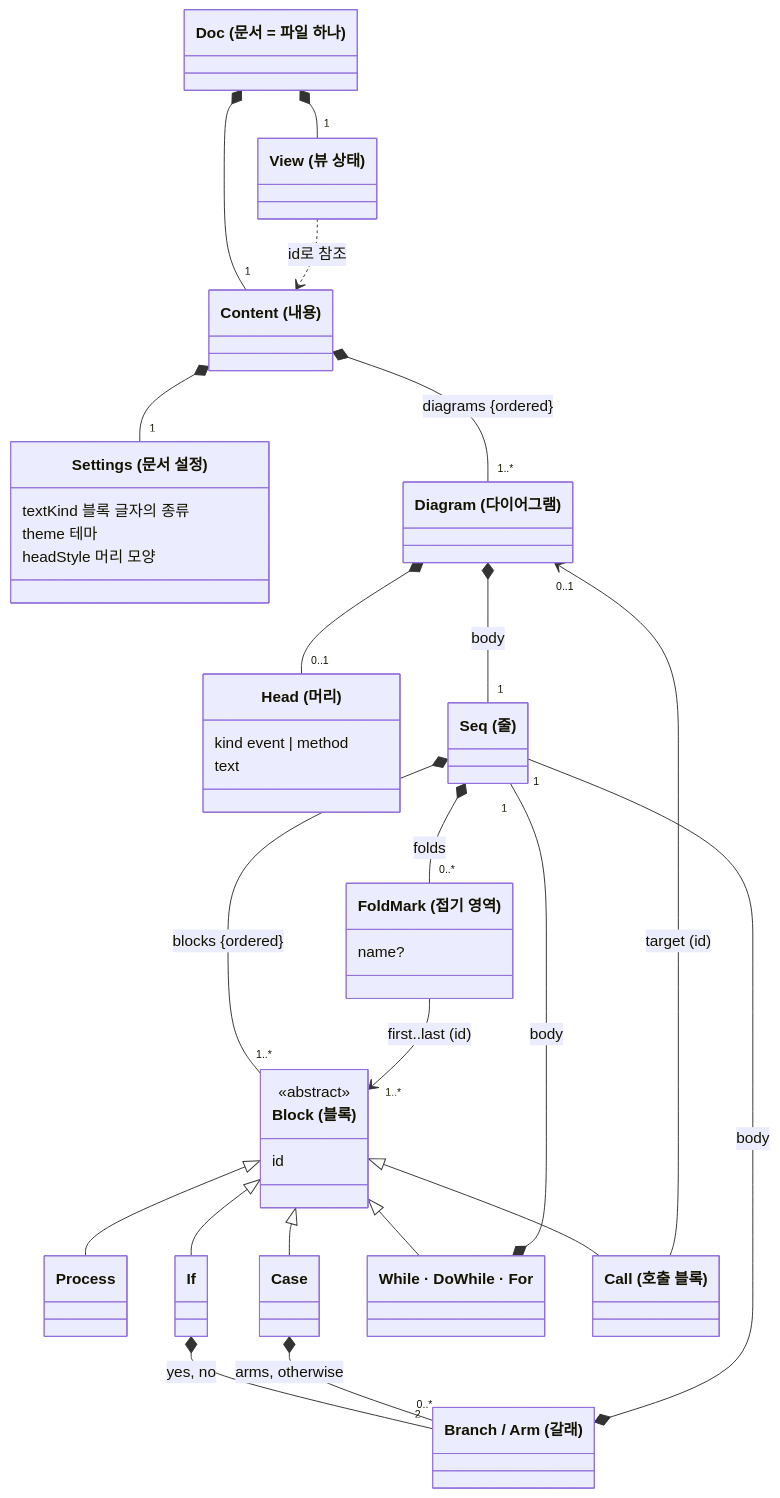
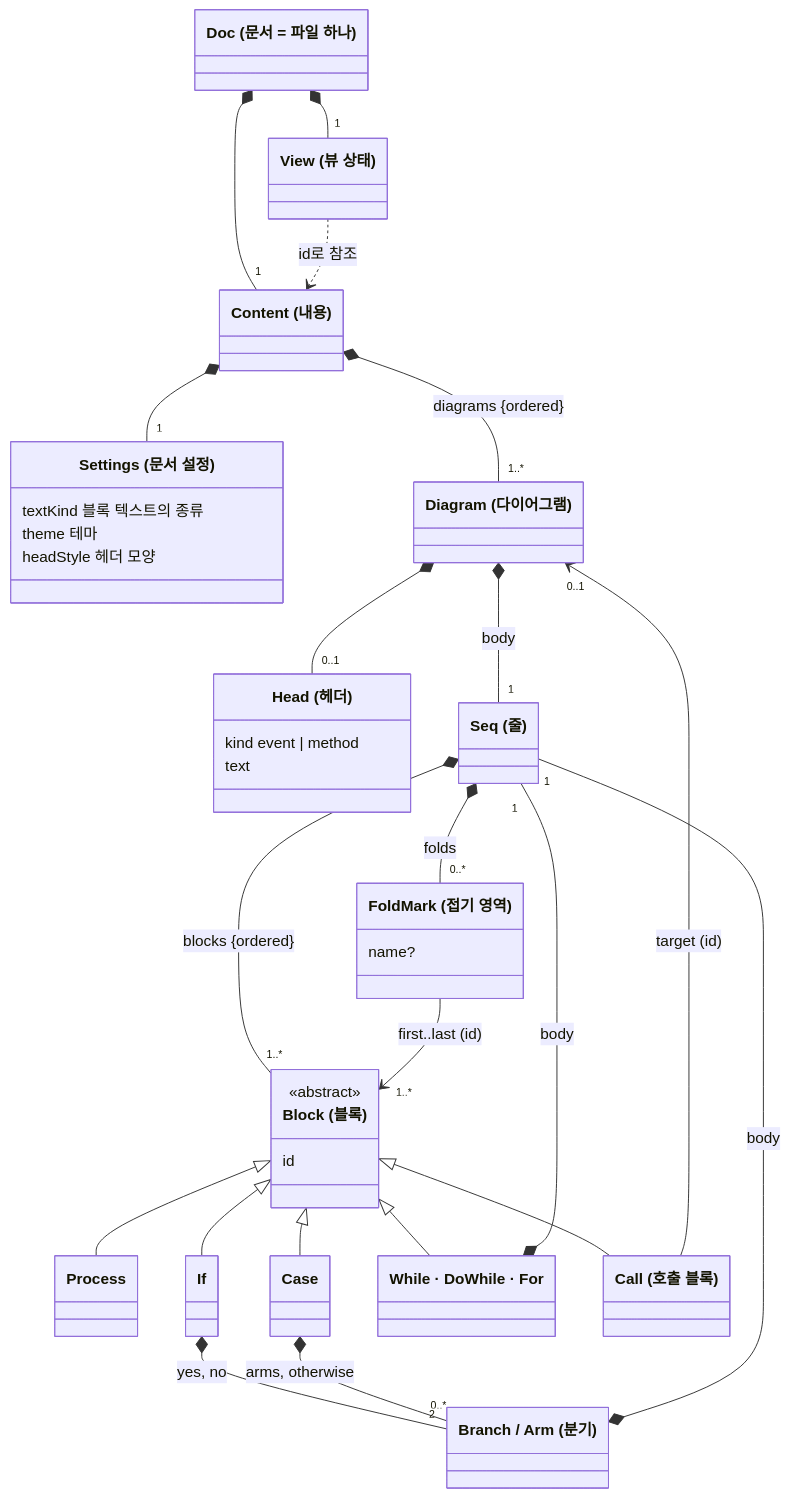
One commit to reddiana/AriadneNSD changed the fourth of 6 diagrams in docs/03-architecture/03-architecture.md. Above: the diagram before and after it, drawn with Mermaid. The commit also changed other lines of this file and 1 other file, not shown here.

````diff
--- a/docs/03-architecture/03-architecture.md
+++ b/docs/03-architecture/03-architecture.md
@@ -229,47 +229,47 @@
 ```mermaid
 classDiagram
     direction TB
     class Doc["Doc (문서 = 파일 하나)"]
     class Content["Content (내용)"]
     class View["View (뷰 상태)"]
     class Settings["Settings (문서 설정)"]
-    Settings : textKind 블록 글자의 종류
+    Settings : textKind 블록 텍스트의 종류
     Settings : theme 테마
-    Settings : headStyle 머리 모양
+    Settings : headStyle 헤더 모양
     class Diagram["Diagram (다이어그램)"]
-    class Head["Head (머리)"]
+    class Head["Head (헤더)"]
     Head : kind event | method
     Head : text
     class Seq["Seq (줄)"]
     class FoldMark["FoldMark (접기 영역)"]
     FoldMark : name?
     class Block["Block (블록)"]
     <<abstract>> Block
     Block : id
     class Process
     class If
     class Case
     class Loop["While · DoWhile · For"]
     class Call["Call (호출 블록)"]
-    class Branch["Branch / Arm (갈래)"]
+    class Branch["Branch / Arm (분기)"]
     Doc *-- "1" Content
     Doc *-- "1" View
     Content *-- "1" Settings
     Content *-- "1..*" Diagram : diagrams {ordered}
     Diagram *-- "0..1" Head
     Diagram *-- "1" Seq : body
     Seq *-- "1..*" Block : blocks {ordered}
     Seq *-- "0..*" FoldMark : folds
     FoldMark --> "1..*" Block : first..last (id)
     Block <|-- Process
     Block <|-- If
     Block <|-- Case
     Block <|-- Loop
     Block <|-- Call
     If *-- "2" Branch : yes, no
     Case *-- "0..*" Branch : arms, otherwise
     Branch *-- "1" Seq : body
     Loop *-- "1" Seq : body
     Call --> "0..1" Diagram : target (id)
     View ..> Content : id로 참조
 ```
````
